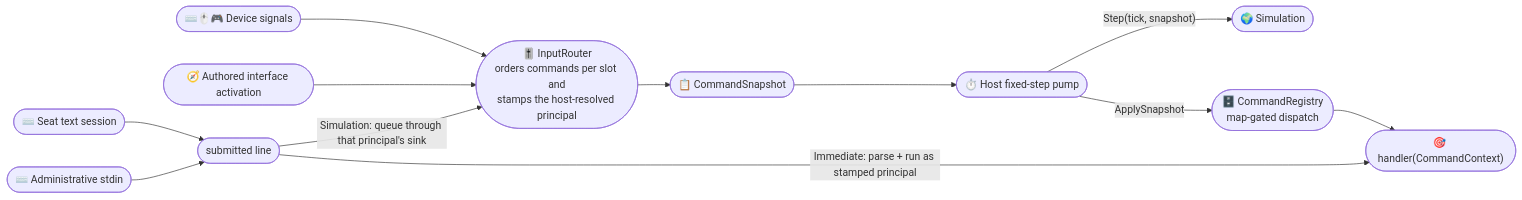
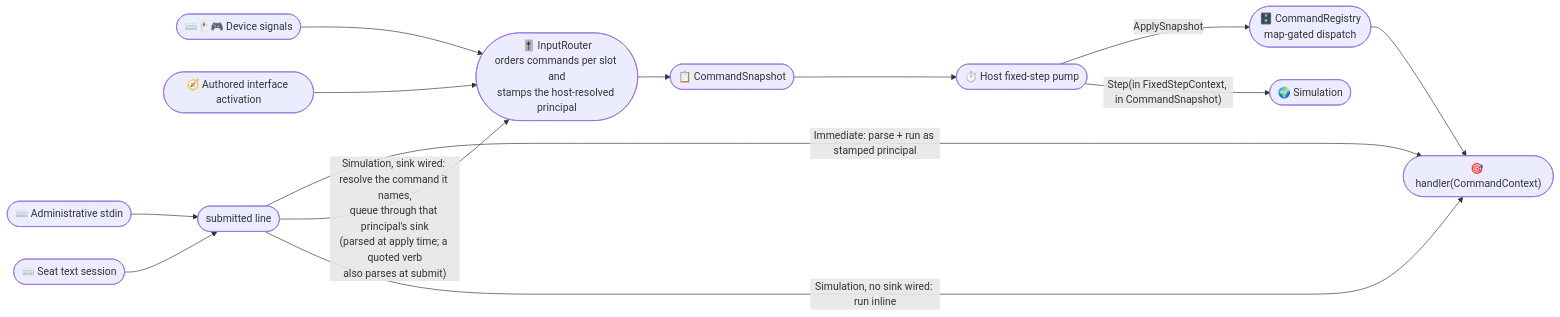
Before and after one commit to ByteTerrace/Puck: the first of 2 diagrams in src/Puck.Commands/README.md, drawn with Mermaid. The commit also changed other lines of this file and 3473 other files, not shown here.

````diff
--- a/src/Puck.Commands/README.md
+++ b/src/Puck.Commands/README.md
@@ -49,14 +105,15 @@
 ```mermaid
 graph LR
     Signals(["⌨️🖱️🎮 Device signals"]) --> Router
     Presentation(["🧭 Authored interface activation"]) --> Router
     Console(["⌨️ Administrative stdin"]) --> Submit
     SeatText(["⌨️ Seat text session"]) --> Submit
     Submit(["submitted line"]) -->|"Immediate: parse + run as stamped principal"| Handler
-    Submit -->|"Simulation: queue through that principal's sink"| Router
+    Submit -->|"Simulation, sink wired: resolve the command it names,<br/>queue through that principal's sink<br/>(parsed at apply time; a quoted verb<br/>also parses at submit)"| Router
+    Submit -->|"Simulation, no sink wired: run inline"| Handler
     Router(["🎚️ InputRouter<br/>orders commands per slot and<br/>stamps the host-resolved principal"]) --> Snapshot(["📋 CommandSnapshot"])
     Snapshot --> Pump(["⏱️ Host fixed-step pump"])
     Pump -->|"ApplySnapshot"| Apply(["🗄️ CommandRegistry<br/>map-gated dispatch"])
     Apply --> Handler(["🎯 handler(CommandContext)"])
-    Pump -->|"Step(tick, snapshot)"| Simulation(["🌍 Simulation"])
+    Pump -->|"Step(in FixedStepContext, in CommandSnapshot)"| Simulation(["🌍 Simulation"])
 ```
````
